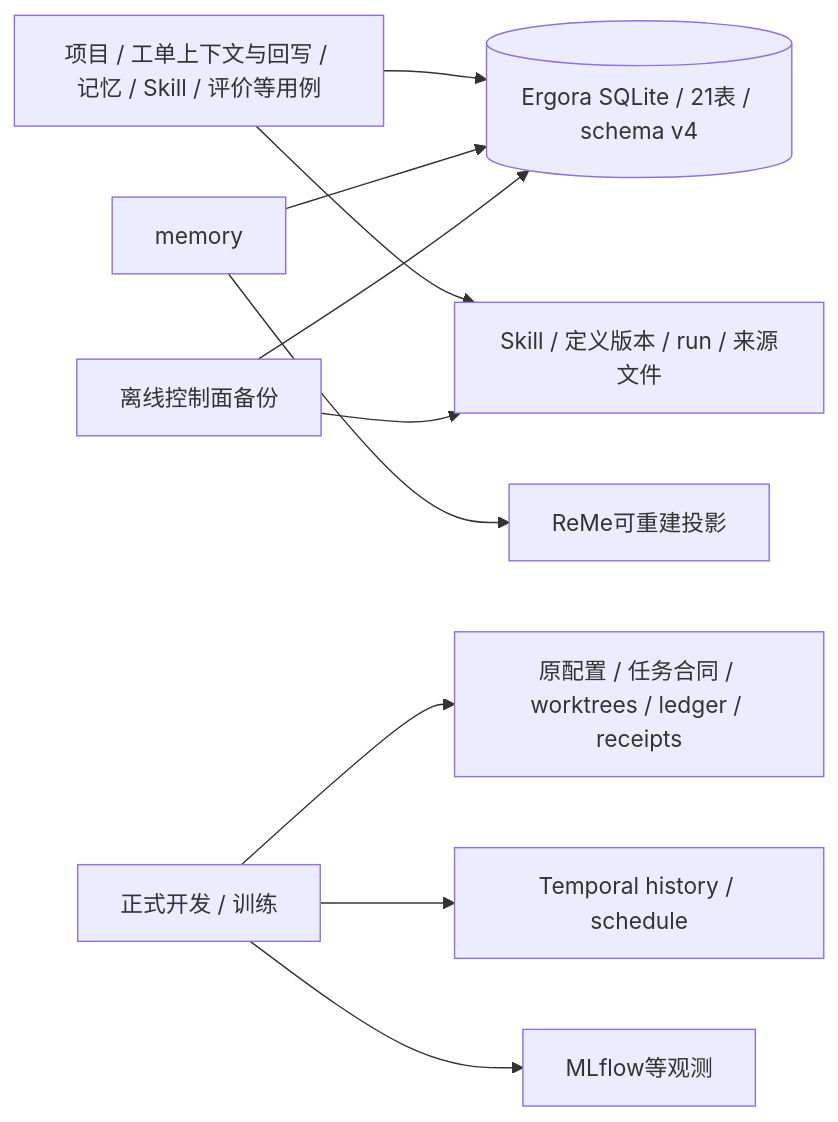
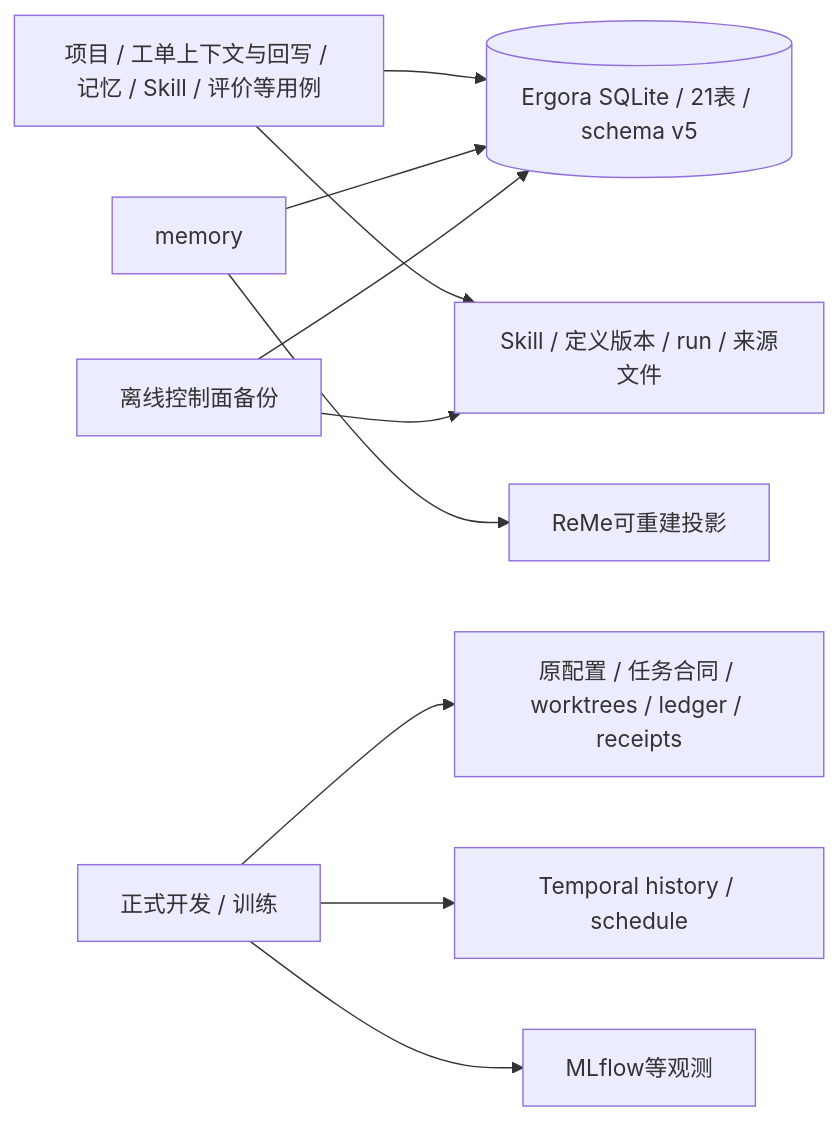
One commit to 626619403/Ergora changed the fifth of 7 diagrams in docs/architecture/current.md. Above: the diagram before and after it, drawn with Mermaid. The commit also changed other lines of this file and 22 other files, not shown here.

````diff
--- a/docs/architecture/current.md
+++ b/docs/architecture/current.md
@@ -229,12 +229,12 @@
 ```mermaid
 flowchart LR
-  Control[项目 / 工单上下文与回写 / 记忆 / Skill / 评价等用例] --> DB[(Ergora SQLite / 21表 / schema v4)]
+  Control[项目 / 工单上下文与回写 / 记忆 / Skill / 评价等用例] --> DB[(Ergora SQLite / 21表 / schema v5)]
   Control --> Assets[Skill / 定义版本 / run / 来源文件]
   Memory[memory] --> DB
   Memory --> ReMe[ReMe可重建投影]
   Runtime[正式开发 / 训练] --> Native[原配置 / 任务合同 / worktrees / ledger / receipts]
   Runtime --> Temporal[Temporal history / schedule]
   Runtime --> Observe[MLflow等观测]
   Backup[离线控制面备份] --> DB
   Backup --> Assets
 ```
````
